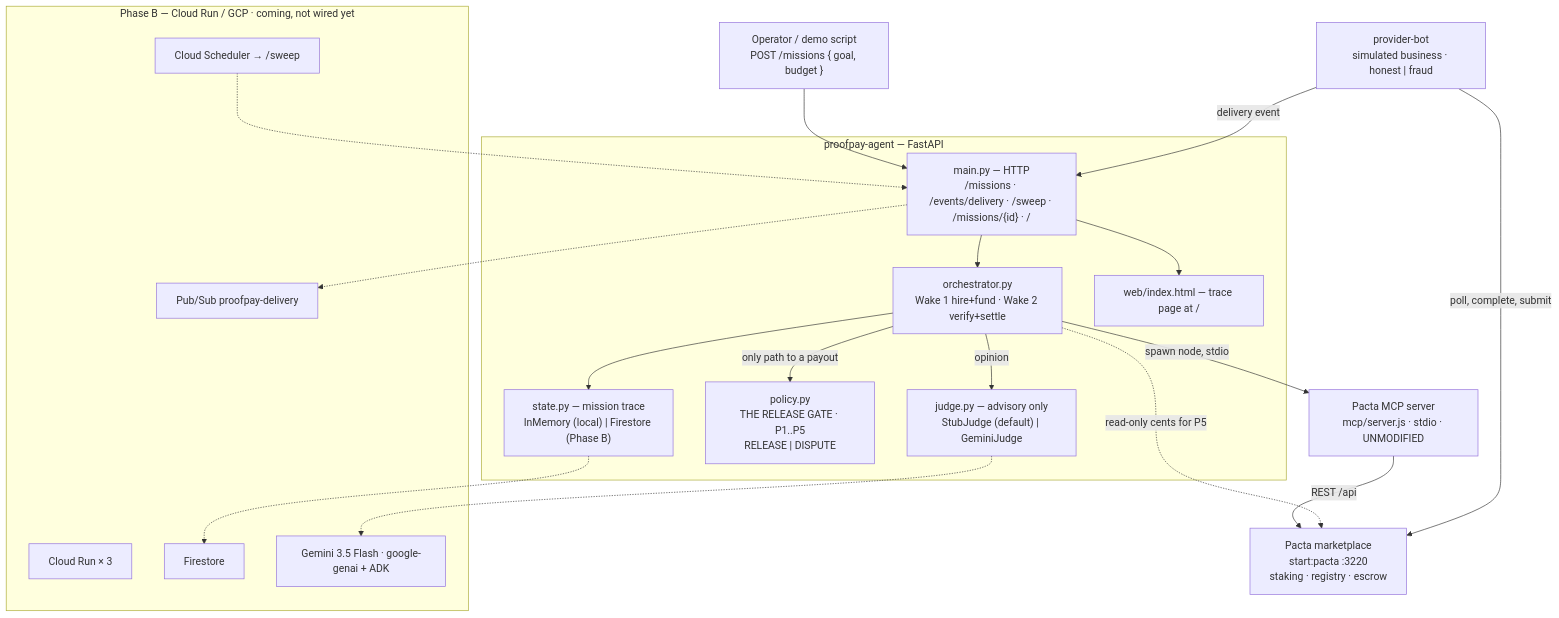
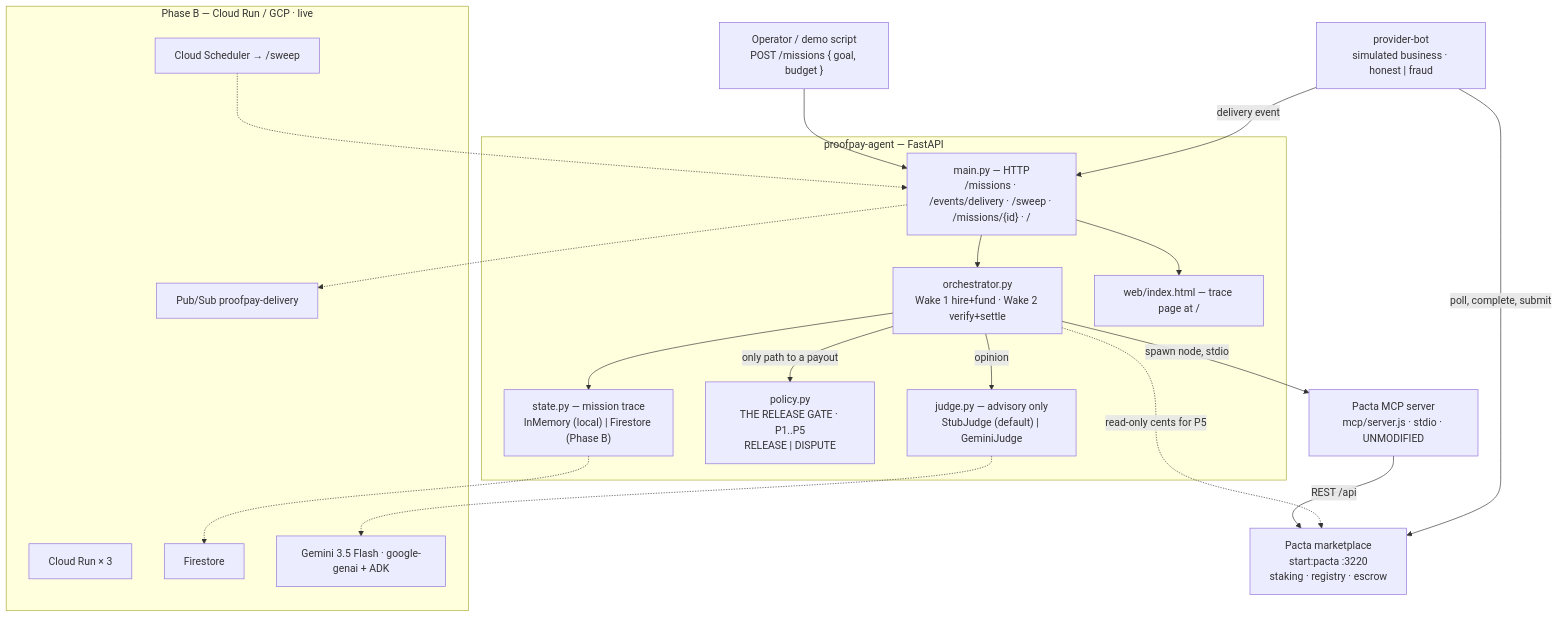
The first of 2 diagrams in README.md (JafCR/ProofPay), drawn with Mermaid before and after one commit. The commit also changed other lines of this file and 2 other files, not shown here.

Commit message:
docs: Phase B is live — cloud deploy instructions, registry-drift story, and the two-wake log evidence note

````diff
--- a/README.md
+++ b/README.md
@@ -13,41 +13,41 @@
 ```mermaid
 flowchart TB
     caller["Operator / demo script<br/>POST /missions { goal, budget }"]
 
     subgraph agentsvc["proofpay-agent — FastAPI"]
         api["main.py — HTTP<br/>/missions · /events/delivery · /sweep · /missions/{id} · /"]
         orch["orchestrator.py<br/>Wake 1 hire+fund · Wake 2 verify+settle"]
         judge["judge.py — advisory only<br/>StubJudge (default) | GeminiJudge"]
         gate["policy.py<br/>THE RELEASE GATE · P1..P5<br/>RELEASE | DISPUTE"]
         state["state.py — mission trace<br/>InMemory (local) | Firestore (Phase B)"]
         web["web/index.html — trace page at /"]
         api --> orch
         orch -->|opinion| judge
         orch -->|only path to a payout| gate
         orch --> state
         api --> web
     end
 
     mcp["Pacta MCP server<br/>mcp/server.js · stdio · UNMODIFIED"]
     market["Pacta marketplace<br/>start:pacta :3220<br/>staking · registry · escrow"]
     bot["provider-bot<br/>simulated business · honest | fraud"]
 
     caller --> api
     orch -->|spawn node, stdio| mcp
     mcp -->|REST /api| market
     orch -.->|read-only cents for P5| market
     bot -->|poll, complete, submit| market
     bot -->|delivery event| api
 
-    subgraph phaseb["Phase B — Cloud Run / GCP · coming, not wired yet"]
+    subgraph phaseb["Phase B — Cloud Run / GCP · live"]
         run["Cloud Run × 3"]
         fs["Firestore"]
         ps["Pub/Sub proofpay-delivery"]
         sched["Cloud Scheduler → /sweep"]
         gem["Gemini 3.5 Flash · google-genai + ADK"]
     end
     state -.-> fs
     api -.-> ps
     sched -.-> api
     judge -.-> gem
 ```
````
